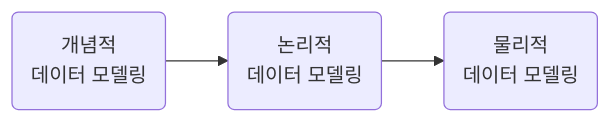
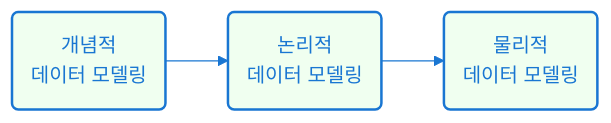
The diagram in _posts/2023-10-01-sqrd001.md (ssomal62/ssomal62.github.io), drawn with Mermaid before and after one commit. The commit also changed other lines of this file and 9 other files, not shown here.

Commit message:
mermaid연습

````diff
--- a/_posts/2023-10-01-sqrd001.md
+++ b/_posts/2023-10-01-sqrd001.md
@@ -31,16 +34,19 @@
-```mermaid
+<div class="mermaid">
+flowchart LR
 
-flowchart LR
+classDef basic fill:#F0FFF0, stroke:#1976D2, stroke-width:2px, color:#1976D2
+
     dix(개념적 
-    데이터 모델링) 
+    데이터 모델링):::basic
     --> 
     dix1(논리적 
     데이터 모델링)
-    
     dix1(논리적 
-    데이터 모델링) 
+    데이터 모델링):::basic
     --> 
     dix2(물리적 
-    데이터 모델링)
-  
-```
+    데이터 모델링):::basic
+
+linkStyle 0 stroke:#1976D2
+linkStyle 1 stroke:#1976D2
+</div>
````
